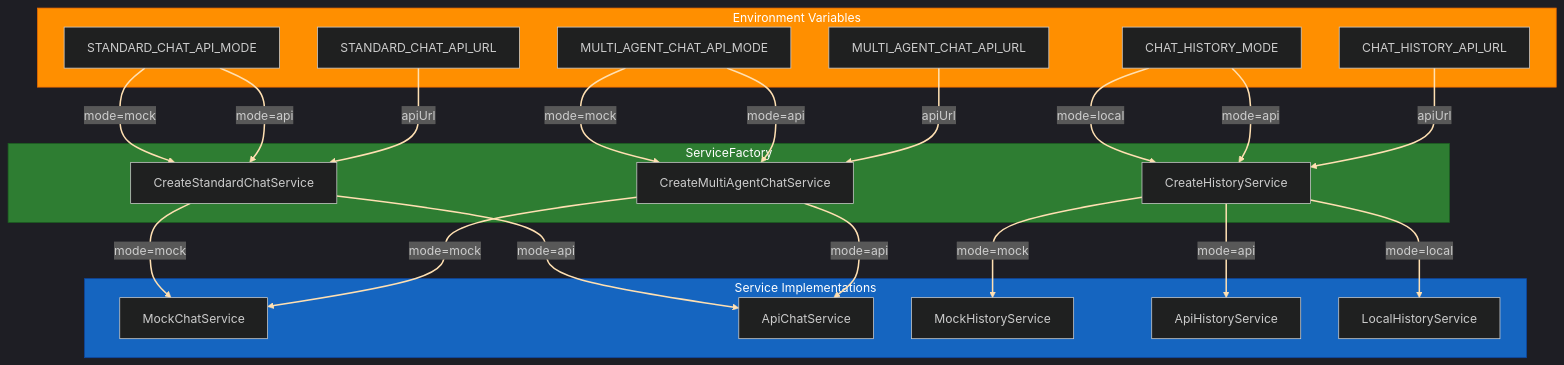
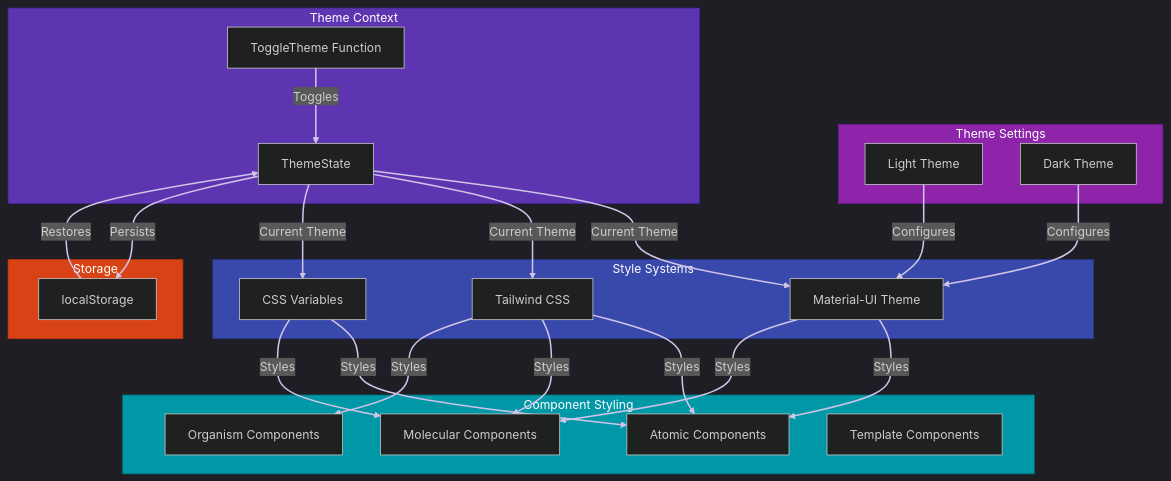
Before and after one commit to ChrisMcKee1/ChatUI: the sixth of 10 diagrams in memory-bank/architectureDiagrams.md, drawn with Mermaid. The commit also changed other lines of this file, not shown here.

Commit message:
Updated Deployment Architecture diagram to reflect current approach

````diff
--- a/memory-bank/architectureDiagrams.md
+++ b/memory-bank/architectureDiagrams.md
@@ -215,54 +353,57 @@
 ```mermaid
 %%{init: {'theme':'dark'}}%%
 flowchart TD
-    subgraph ENV["Environment Variables"]
-        SC_URL[STANDARD_CHAT_API_URL]
-        SC_MODE[STANDARD_CHAT_API_MODE]
-        MA_URL[MULTI_AGENT_CHAT_API_URL]
-        MA_MODE[MULTI_AGENT_CHAT_API_MODE]
-        CH_URL[CHAT_HISTORY_API_URL]
-        CH_MODE[CHAT_HISTORY_MODE]
+    subgraph Theme_Settings["Theme Settings"]
+        LT[Light Theme]
+        DT[Dark Theme]
     end
     
-    subgraph Factory["ServiceFactory"]
-        CreateStandard[CreateStandardChatService]
-        CreateMultiAgent[CreateMultiAgentChatService]
-        CreateHistory[CreateHistoryService]
+    subgraph Theme_Context["Theme Context"]
+        TS[ThemeState]
+        TF[ToggleTheme Function]
     end
     
-    subgraph Services["Service Implementations"]
-        MockChat[MockChatService]
-        ApiChat[ApiChatService]
-        MockHistory[MockHistoryService]
-        ApiHistory[ApiHistoryService]
-        LocalHistory[LocalHistoryService]
+    subgraph Style_Systems["Style Systems"]
+        MUI[Material-UI Theme]
+        TW[Tailwind CSS]
+        CS[CSS Variables]
     end
     
-    SC_MODE -->|"mode=mock"| CreateStandard
-    SC_MODE -->|"mode=api"| CreateStandard
-    SC_URL -->|apiUrl| CreateStandard
+    subgraph Components["Component Styling"]
+        Atoms[Atomic Components]
+        Molecules[Molecular Components]
+        Organisms[Organism Components]
+        Templates[Template Components]
+    end
     
-    MA_MODE -->|"mode=mock"| CreateMultiAgent
-    MA_MODE -->|"mode=api"| CreateMultiAgent
-    MA_URL -->|apiUrl| CreateMultiAgent
+    subgraph Storage["Storage"]
+        LS[localStorage]
+    end
     
-    CH_MODE -->|"mode=local"| CreateHistory
-    CH_MODE -->|"mode=api"| CreateHistory
-    CH_URL -->|apiUrl| CreateHistory
+    TS -->|Current Theme| MUI
+    TS -->|Current Theme| TW
+    TS -->|Current Theme| CS
+    TF -->|Toggles| TS
     
-    CreateStandard -->|mode=mock| MockChat
-    CreateStandard -->|mode=api| ApiChat
+    TS -->|Persists| LS
+    LS -->|Restores| TS
     
-    CreateMultiAgent -->|mode=mock| MockChat
-    CreateMultiAgent -->|mode=api| ApiChat
+    LT -->|Configures| MUI
+    DT -->|Configures| MUI
     
-    CreateHistory -->|mode=local| LocalHistory
-    CreateHistory -->|mode=api| ApiHistory
-    CreateHistory -->|mode=mock| MockHistory
+    MUI -->|Styles| Atoms
+    MUI -->|Styles| Molecules
+    TW -->|Styles| Atoms
+    TW -->|Styles| Molecules
+    TW -->|Styles| Organisms
+    CS -->|Styles| Atoms
+    CS -->|Styles| Molecules
     
-    style ENV fill:#ff8f00,stroke:#ef6c00,color:#ffffff
-    style Factory fill:#2e7d32,stroke:#1b5e20,color:#ffffff
-    style Services fill:#1565c0,stroke:#0d47a1,color:#ffffff
+    style Theme_Settings fill:#8e24aa,stroke:#6a1b9a,color:#ffffff
+    style Theme_Context fill:#5e35b1,stroke:#4527a0,color:#ffffff
+    style Style_Systems fill:#3949ab,stroke:#283593,color:#ffffff
+    style Components fill:#0097a7,stroke:#006064,color:#ffffff
+    style Storage fill:#d84315,stroke:#bf360c,color:#ffffff
     
-    linkStyle default stroke:#ffe0b2,stroke-width:2px
+    linkStyle default stroke:#d1c4e9,stroke-width:2px
 ```
````
